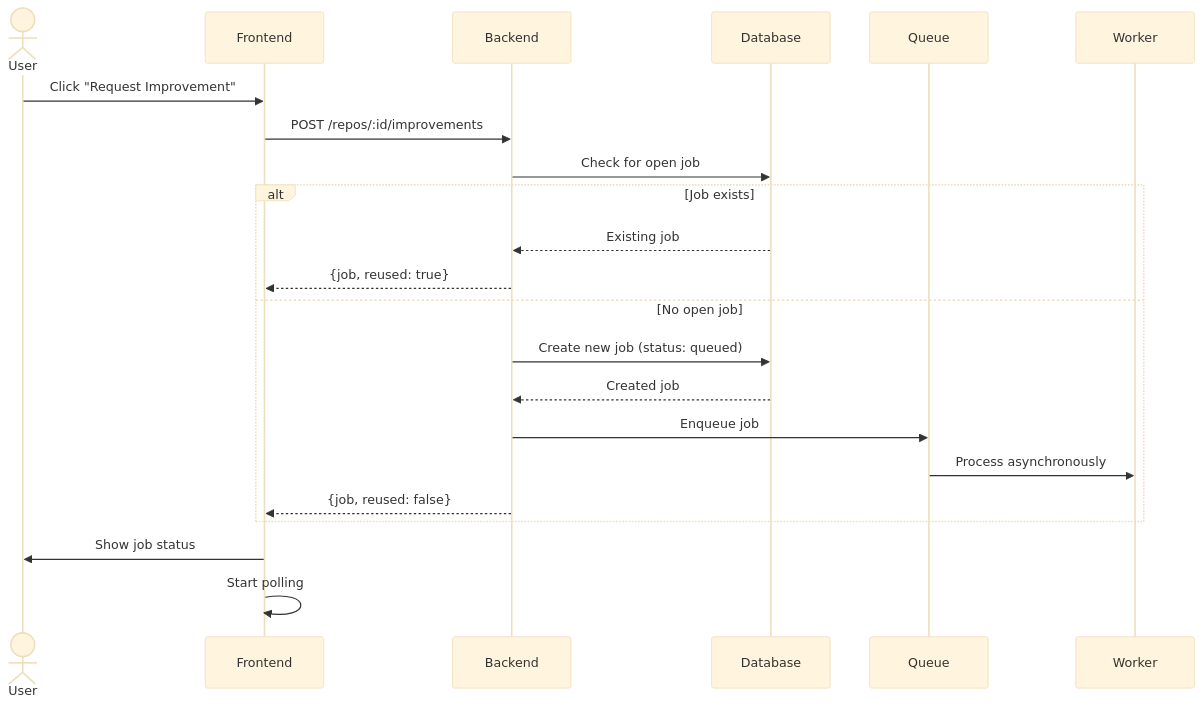
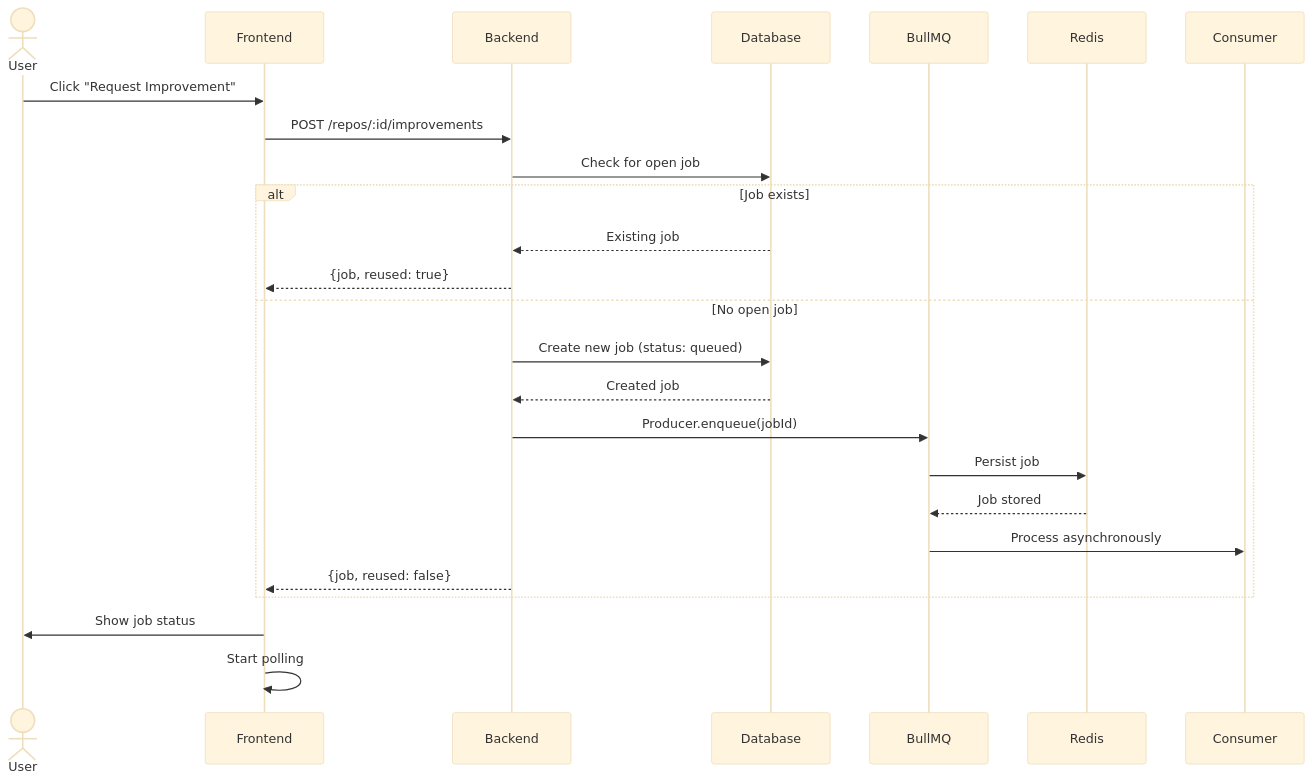
The sixth of 8 diagrams in README.md (luanpontolio/ai-coverage-improver), drawn with Mermaid (base theme) before and after one commit. The commit also changed other lines of this file, not shown here.

````diff
--- a/README.md
+++ b/README.md
@@ -202,27 +230,30 @@
 ```mermaid
 sequenceDiagram
     actor User
     participant Frontend
     participant Backend
     participant Database
-    participant Queue
-    participant Worker
+    participant BullMQ
+    participant Redis
+    participant Consumer
 
     User->>Frontend: Click "Request Improvement"
     Frontend->>Backend: POST /repos/:id/improvements
     Backend->>Database: Check for open job
     
     alt Job exists
         Database-->>Backend: Existing job
         Backend-->>Frontend: {job, reused: true}
     else No open job
         Backend->>Database: Create new job (status: queued)
         Database-->>Backend: Created job
-        Backend->>Queue: Enqueue job
-        Queue->>Worker: Process asynchronously
+        Backend->>BullMQ: Producer.enqueue(jobId)
+        BullMQ->>Redis: Persist job
+        Redis-->>BullMQ: Job stored
+        BullMQ->>Consumer: Process asynchronously
         Backend-->>Frontend: {job, reused: false}
     end
     
     Frontend->>User: Show job status
     Frontend->>Frontend: Start polling
 ```
````
